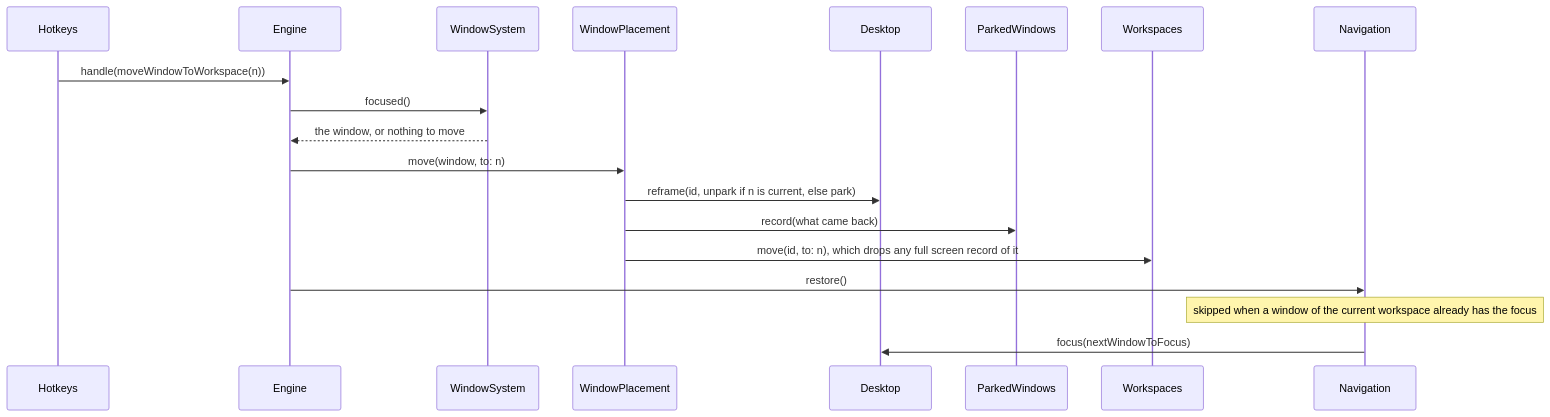
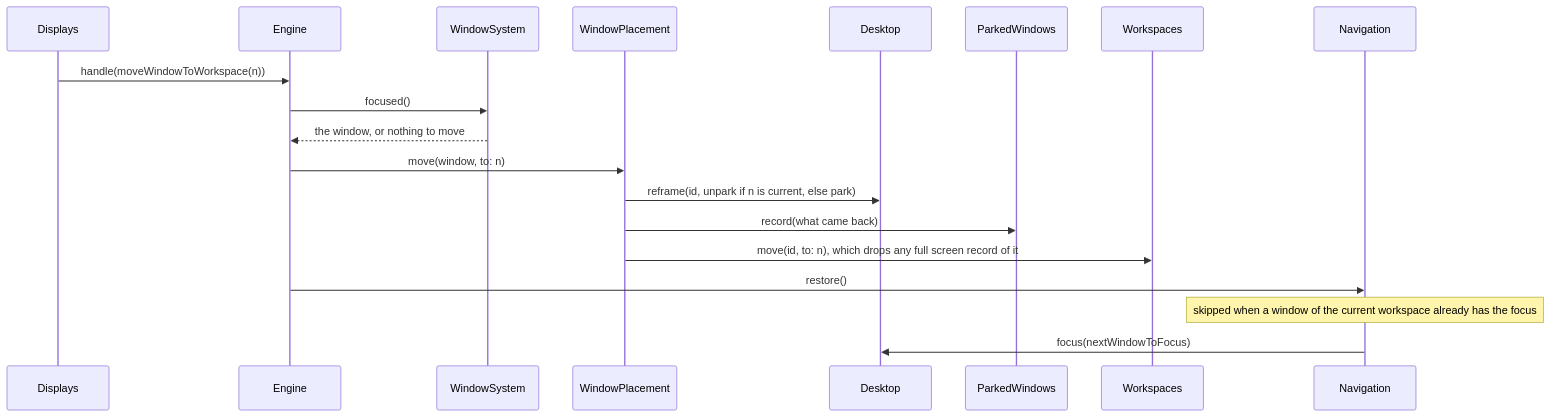
Before and after one commit to brennovich/ottowm: diagram 13 of 26 in ARCHITECTURE.md, drawn with Mermaid. The commit also changed other lines of this file and 1 other file, not shown here.

First line of the commit message:
Document one engine and one Pager per display

````diff
--- a/ARCHITECTURE.md
+++ b/ARCHITECTURE.md
@@ -290,13 +349,13 @@
 ```mermaid
 sequenceDiagram
-    Hotkeys->>Engine: handle(moveWindowToWorkspace(n))
+    Displays->>Engine: handle(moveWindowToWorkspace(n))
     Engine->>WindowSystem: focused()
     WindowSystem-->>Engine: the window, or nothing to move
     Engine->>WindowPlacement: move(window, to: n)
     WindowPlacement->>Desktop: reframe(id, unpark if n is current, else park)
     WindowPlacement->>ParkedWindows: record(what came back)
     WindowPlacement->>Workspaces: move(id, to: n), which drops any full screen record of it
     Engine->>Navigation: restore()
     Note over Navigation: skipped when a window of the current workspace already has the focus
     Navigation->>Desktop: focus(nextWindowToFocus)
 ```
````
